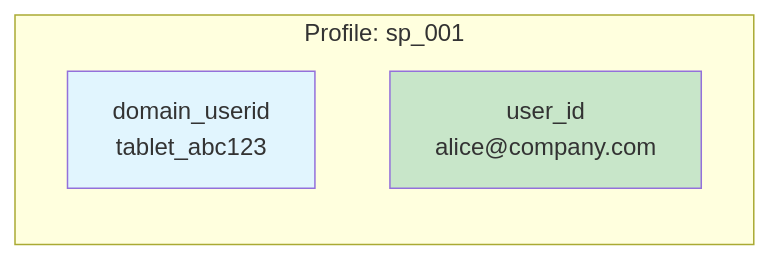
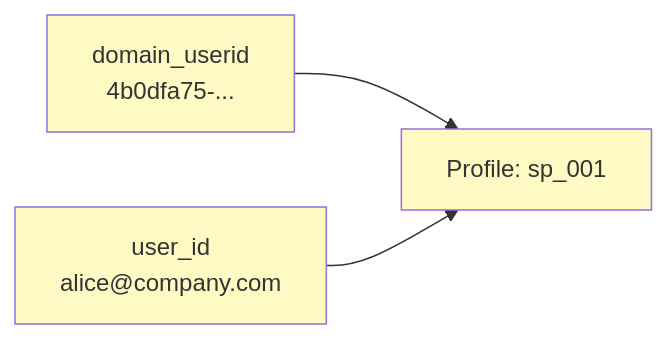
The second of 7 diagrams in docs/identities/concepts/index.md (snowplow/documentation), drawn with Mermaid before and after one commit. The commit also changed other lines of this file, not shown here.

````diff
--- a/docs/identities/concepts/index.md
+++ b/docs/identities/concepts/index.md
@@ -118,12 +121,15 @@
 ```mermaid
 graph LR
-    subgraph "Profile: sp_001"
-        A["domain_userid
-        tablet_abc123"]
-        B["user_id
-        alice@company.com"]
-    end
+    A["domain_userid
+    4b0dfa75-..."]
+    B["user_id
+    alice@company.com"]
+    C["Profile: sp_001"]
 
-    style A fill:#e1f5fe
-    style B fill:#c8e6c9
+    A --> C
+    B --> C
+
+    style A fill:#fff9c4
+    style B fill:#fff9c4
+    style C fill:#fff9c4
 ```
````
